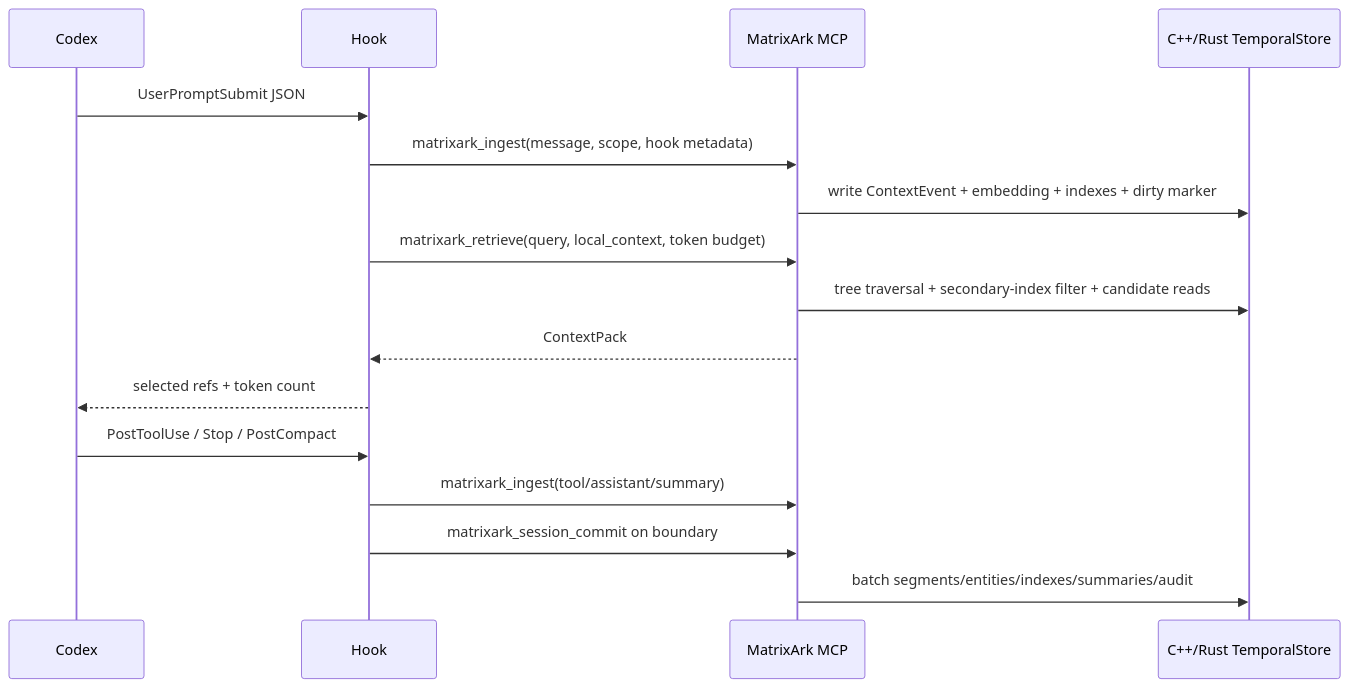
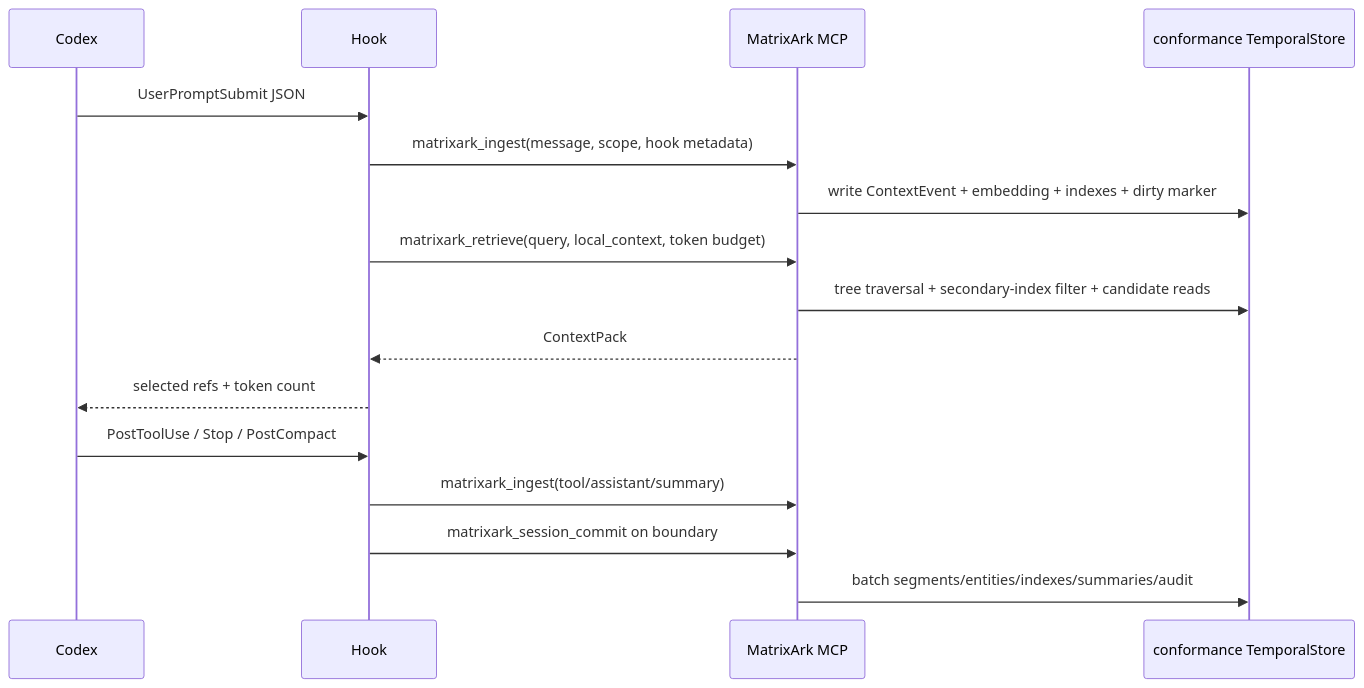
Before and after one commit to matrixarkai/TemporalStore: the third of 3 diagrams in docs/matrixark_codex_mcp_hook_installation_manual.md, drawn with Mermaid. The commit also changed other lines of this file and 181 other files, not shown here.

````diff
--- a/docs/matrixark_codex_mcp_hook_installation_manual.md
+++ b/docs/matrixark_codex_mcp_hook_installation_manual.md
@@ -353,19 +353,19 @@
 ```mermaid
 sequenceDiagram
   participant Codex
   participant Hook
   participant MCP as MatrixArk MCP
-  participant TS as C++/Rust TemporalStore
+  participant TS as conformance TemporalStore
 
   Codex->>Hook: UserPromptSubmit JSON
   Hook->>MCP: matrixark_ingest(message, scope, hook metadata)
   MCP->>TS: write ContextEvent + embedding + indexes + dirty marker
   Hook->>MCP: matrixark_retrieve(query, local_context, token budget)
   MCP->>TS: tree traversal + secondary-index filter + candidate reads
   MCP-->>Hook: ContextPack
   Hook-->>Codex: selected refs + token count
   Codex->>Hook: PostToolUse / Stop / PostCompact
   Hook->>MCP: matrixark_ingest(tool/assistant/summary)
   Hook->>MCP: matrixark_session_commit on boundary
   MCP->>TS: batch segments/entities/indexes/summaries/audit
 ```
````
